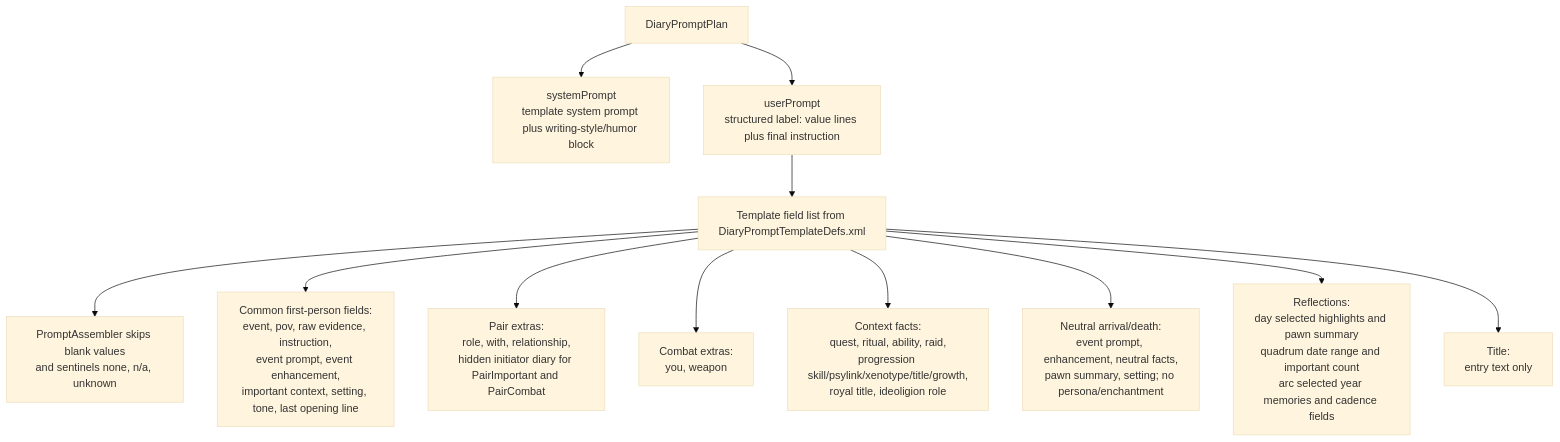
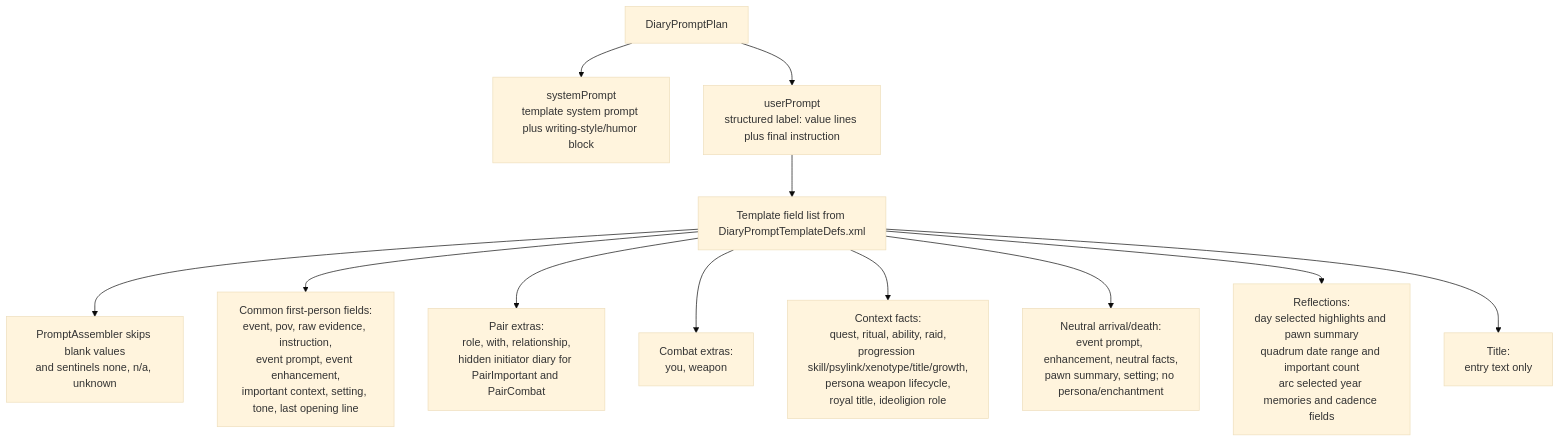
One commit to aimmlegate/PawnDiary changed the sixth of 6 diagrams in EVENT_PROMPT_MAP.md. Above: the diagram before and after it, drawn with Mermaid (base theme). The commit also changed other lines of this file and 46 other files, not shown here.

Commit message:
Implement Royalty Phase 2 persona lifecycle

````diff
--- a/EVENT_PROMPT_MAP.md
+++ b/EVENT_PROMPT_MAP.md
@@ -591,14 +614,14 @@
 ```mermaid
 flowchart TD
     Plan["DiaryPromptPlan"] --> System["systemPrompt<br/>template system prompt plus writing-style/humor block"]
     Plan --> User["userPrompt<br/>structured label: value lines plus final instruction"]
     User --> Fields["Template field list from DiaryPromptTemplateDefs.xml"]
     Fields --> Skip["PromptAssembler skips blank values<br/>and sentinels none, n/a, unknown"]
     Fields --> Common["Common first-person fields:<br/>event, pov, raw evidence, instruction,<br/>event prompt, event enhancement,<br/>important context, setting, tone, last opening line"]
     Fields --> PairFields["Pair extras:<br/>role, with, relationship,<br/>hidden initiator diary for PairImportant and PairCombat"]
     Fields --> CombatFields["Combat extras:<br/>you, weapon"]
-    Fields --> SourceFacts["Context facts:<br/>quest, ritual, ability, raid,<br/>progression skill/psylink/xenotype/title/growth,<br/>royal title, ideoligion role"]
+    Fields --> SourceFacts["Context facts:<br/>quest, ritual, ability, raid,<br/>progression skill/psylink/xenotype/title/growth,<br/>persona weapon lifecycle,<br/>royal title, ideoligion role"]
     Fields --> Boundary["Neutral arrival/death:<br/>event prompt, enhancement, neutral facts,<br/>pawn summary, setting; no persona/enchantment"]
     Fields --> Reflection["Reflections:<br/>day selected highlights and pawn summary<br/>quadrum date range and important count<br/>arc selected year memories and cadence fields"]
     Fields --> Title["Title:<br/>entry text only"]
 ```
````
